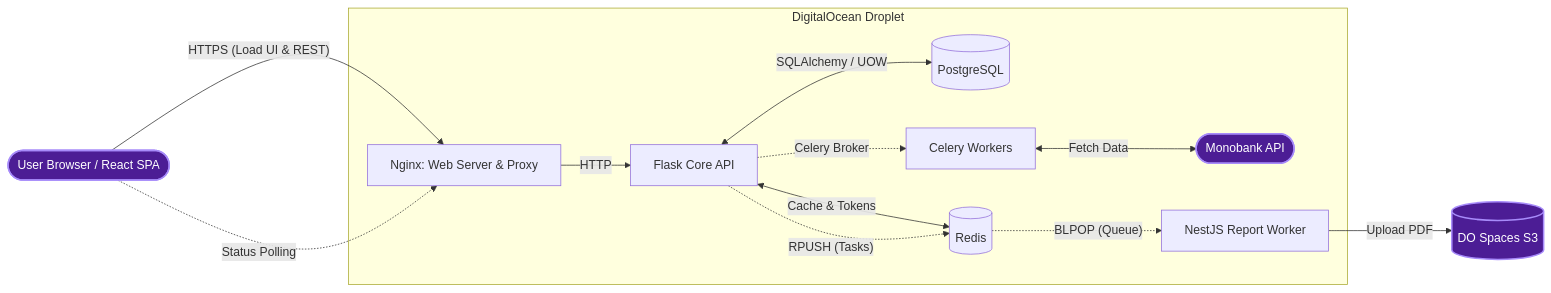
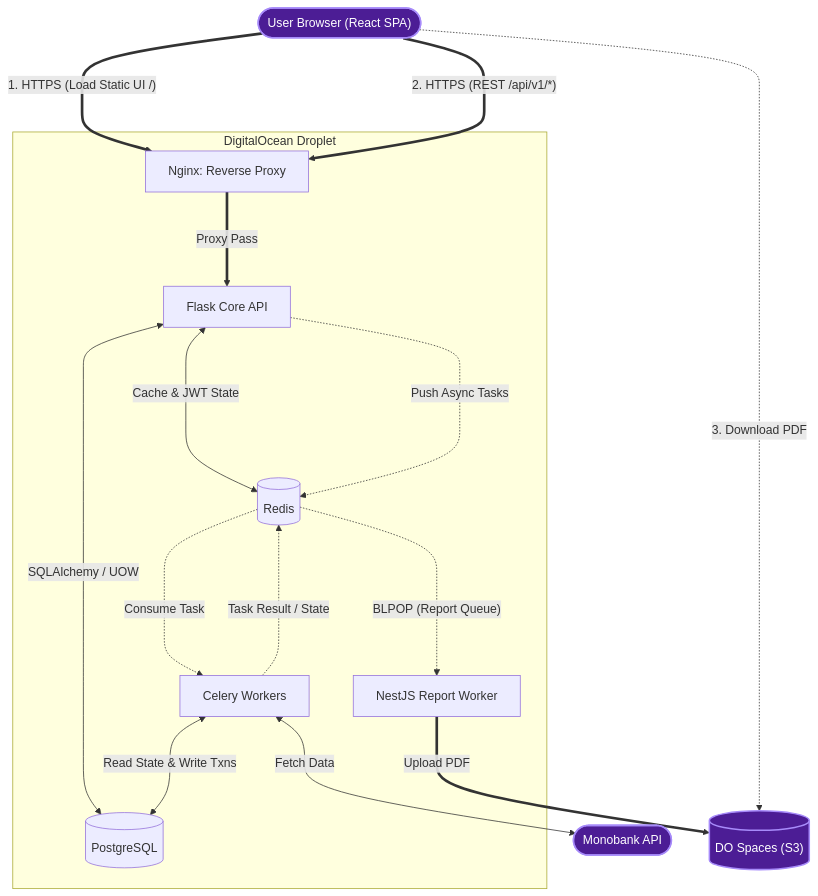
One commit to a11ya11y-wq/finmate-flask changed the diagram in README.md. Above: the diagram before and after it, drawn with Mermaid. The commit also changed other lines of this file and 1 other file, not shown here.

Commit message:
chore: Add high-level architecture diagramm

````diff
--- a/README.md
+++ b/README.md
@@ -64,24 +65,35 @@
 ```mermaid
-graph LR
-    Client(["User Browser / React SPA"]) -->|"HTTPS (Load UI & REST)"| Proxy["Nginx: Web Server & Proxy"]
-    Client -.->|"Status Polling"| Proxy
-    
+flowchart TD
+    Client(["User Browser (React SPA)"])
+    Mono(["Monobank API"])
+    S3[("DO Spaces (S3)")]
+
+    Client ===>|"1. HTTPS (Load Static UI /)"| Proxy["Nginx: Reverse Proxy"]
+    Client ===>|"2. HTTPS (REST /api/v1/*)"| Proxy
+    Client -...->|"3. Download PDF"| S3
+
     subgraph DigitalOcean Droplet
-        Proxy -->|"HTTP"| API["Flask Core API"]
+        Proxy ===>|"Proxy Pass"| API["Flask Core API"]
         
-        API <-->|"SQLAlchemy / UOW"| DB[("PostgreSQL")]
-        API <-->|"Cache & Tokens"| Redis[("Redis")]
+        API <--->|"SQLAlchemy / UOW"| DB[("PostgreSQL")]
         
-        API -.->|"Celery Broker"| Celery["Celery Workers"]
-        Celery <-->|"Fetch Data"| Mono(["Monobank API"])
+        %% РОЗДІЛЕНІ СТРІЛКИ (Синхронна vs Асинхронна взаємодія)
+        API <--->|"Cache & JWT State"| Redis[("Redis")]
+        API -...->|"Push Async Tasks"| Redis
         
-        API -.->|"RPUSH (Tasks)"| Redis
-        Redis -.->|"BLPOP (Queue)"| Worker["NestJS Report Worker"]
+        %% Celery читает из Redis и работает с БД
+        Redis -...->|"Consume Task"| Celery["Celery Workers"]
+        Celery <--->|"Read State & Write Txns"| DB
+        Celery -...->|"Task Result / State"| Redis
+        
+        %% NestJS читает из Redis
+        Redis -...->|"BLPOP (Report Queue)"| Worker["NestJS Report Worker"]
     end
     
-    Worker -->|"Upload PDF"| S3[("DO Spaces S3")]
+    Celery <--->|"Fetch Data"| Mono
+    Worker ===>|"Upload PDF"| S3
     
-    %% Оновлені кольори для нормального читання в Dark Mode
+    %% Кольори для контрасту
     classDef external fill:#4c1d95,stroke:#a78bfa,stroke-width:2px,color:#fff;
     class Client,Mono,S3 external;
 ```
````
